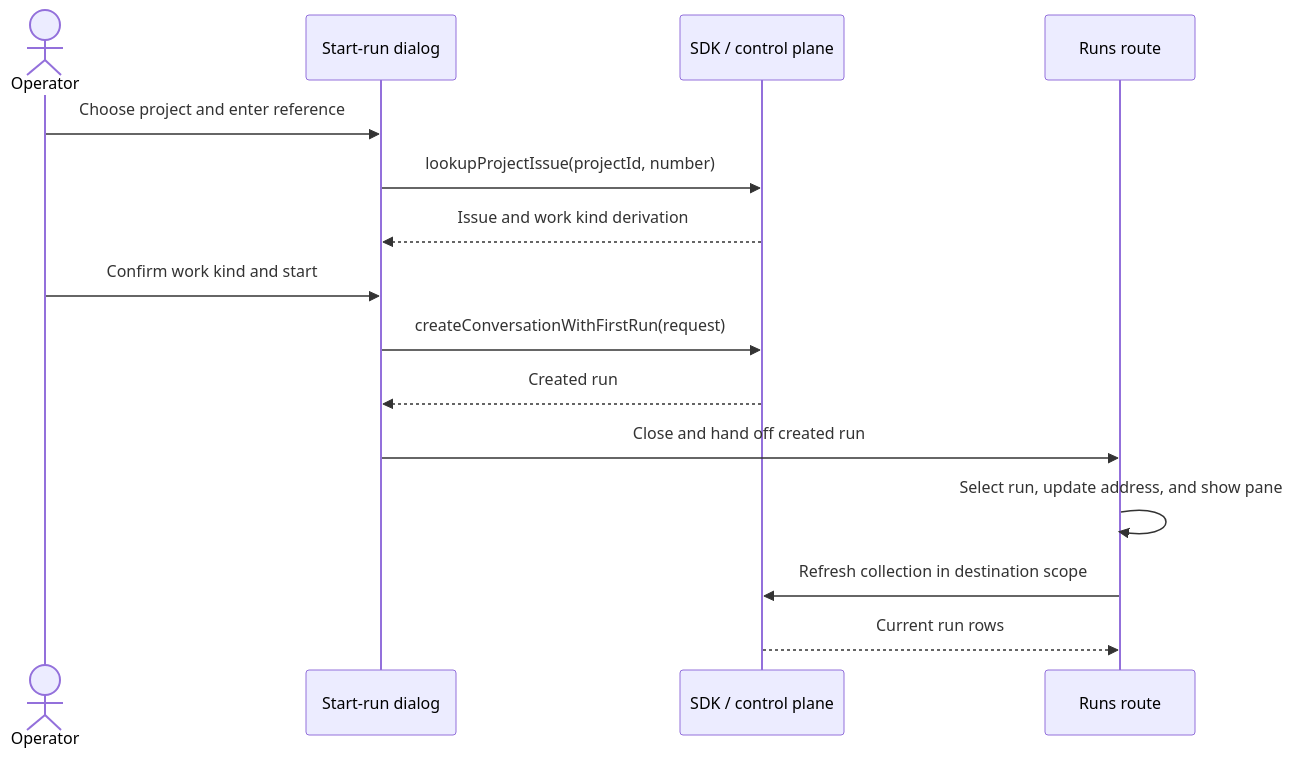
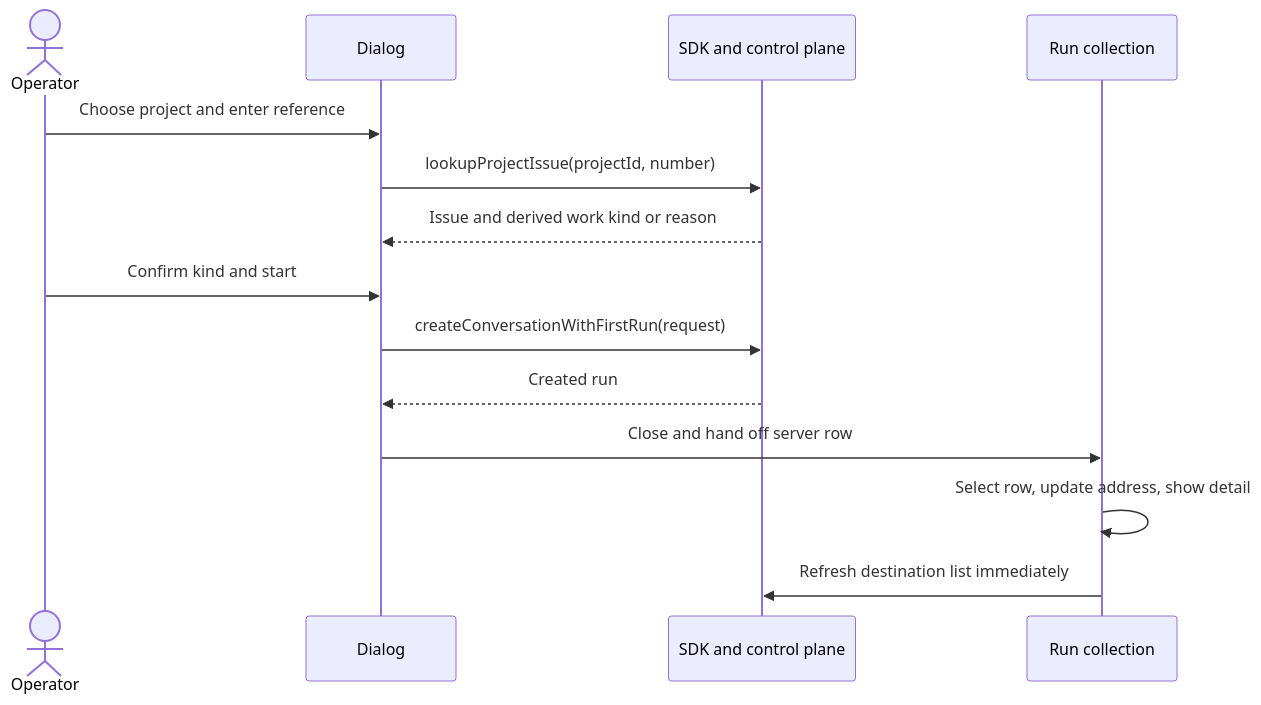
The third of 3 diagrams in context-human/specs/feature-start-a-run-from-an-issue.md (markdstafford/autocatalyst), drawn with Mermaid before and after one commit. The commit also changed other lines of this file, not shown here.

Commit message:
docs: revise feature spec start-a-run-from-an-issue

````diff
--- a/context-human/specs/feature-start-a-run-from-an-issue.md
+++ b/context-human/specs/feature-start-a-run-from-an-issue.md
@@ -140,17 +145,16 @@
 ```mermaid
 sequenceDiagram
     actor O as Operator
-    participant D as Start-run dialog
-    participant S as SDK / control plane
-    participant R as Runs route
+    participant D as Dialog
+    participant S as SDK and control plane
+    participant R as Run collection
     O->>D: Choose project and enter reference
     D->>S: lookupProjectIssue(projectId, number)
-    S-->>D: Issue and work kind derivation
-    O->>D: Confirm work kind and start
+    S-->>D: Issue and derived work kind or reason
+    O->>D: Confirm kind and start
     D->>S: createConversationWithFirstRun(request)
     S-->>D: Created run
-    D->>R: Close and hand off created run
-    R->>R: Select run, update address, and show pane
-    R->>S: Refresh collection in destination scope
-    S-->>R: Current run rows
+    D->>R: Close and hand off server row
+    R->>R: Select row, update address, show detail
+    R->>S: Refresh destination list immediately
 ```
````
